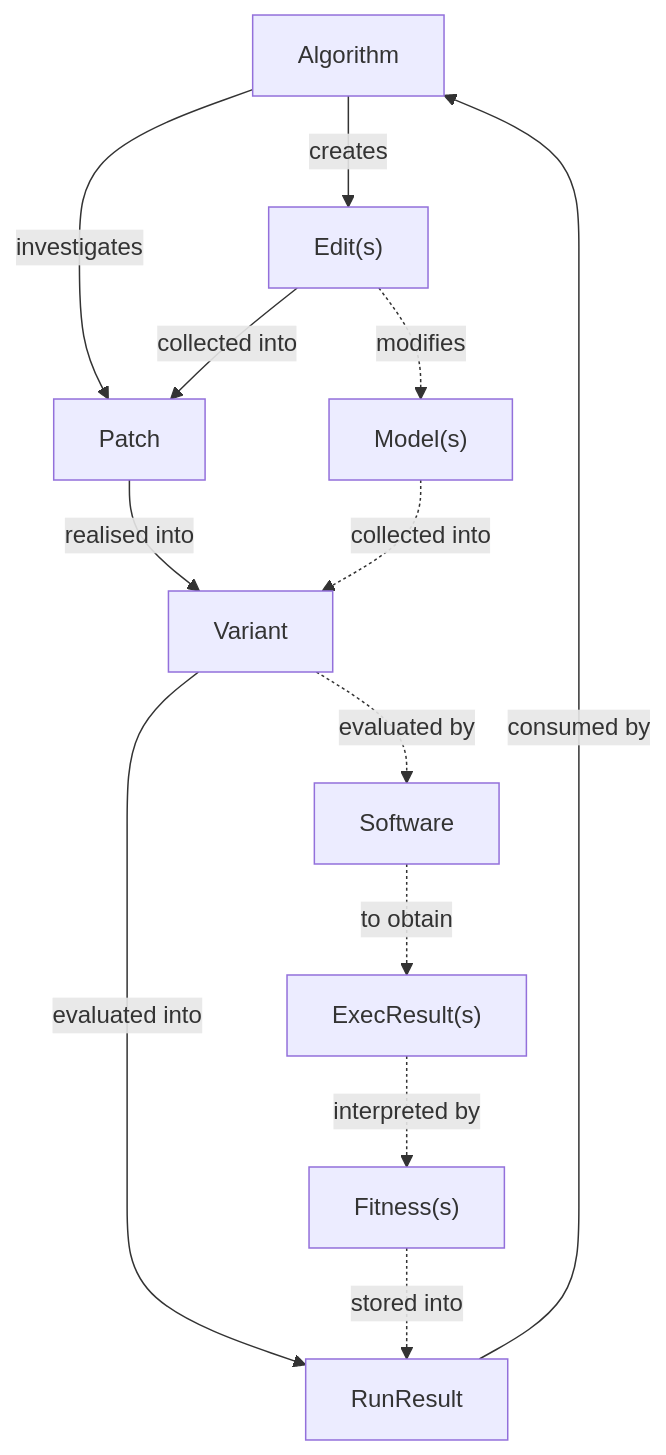
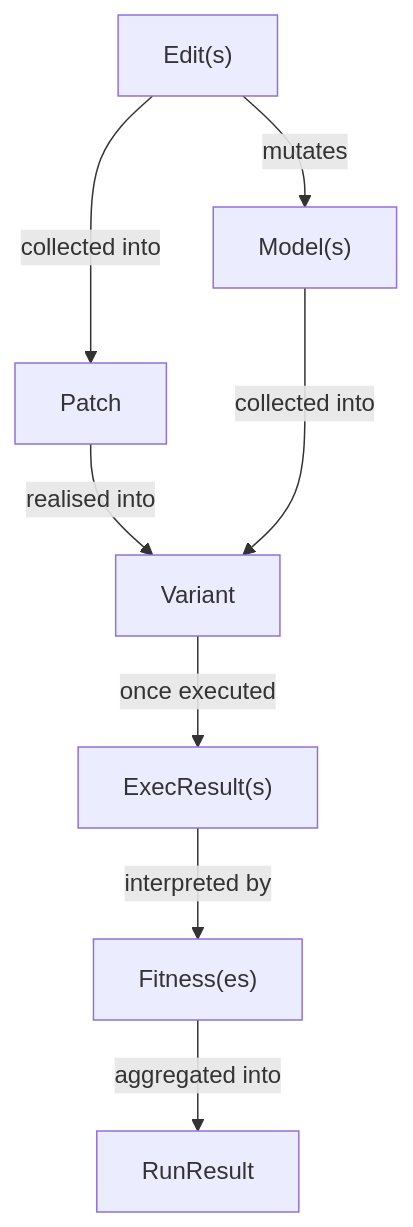
The second of 2 diagrams in docs/reference/architecture.md (bloa/magpie), drawn with Mermaid before and after one commit. The commit also changed other lines of this file, not shown here.

Commit message:
update simplified architecture doc

````diff
--- a/docs/reference/architecture.md
+++ b/docs/reference/architecture.md
@@ -113,15 +129,15 @@
 ```mermaid
 flowchart
-  Algorithm -->|investigates| Patch
-  Algorithm -->|creates| Edit["Edit(s)"]
+  Edit["Edit(s)"]
+  Model["Model(s)"]
+  ExecResult["ExecResult(s)"]
+  Fitness["Fitness(es)"]
+
   Edit -->|collected into| Patch
   Patch -->|realised into| Variant
-  Edit -.->|modifies| Model["Model(s)"]
-  Model -.->|collected into| Variant
-  Variant -->|evaluated into| RunResult
-  Variant -.->|evaluated by| Software
-  Software -.->|to obtain| ExecResult["ExecResult(s)"]
-  ExecResult -.->|interpreted by| Fitness["Fitness(s)"]
-  Fitness -.->|stored into| RunResult
-  RunResult -->|consumed by| Algorithm
+  Edit -->|mutates| Model
+  Model --->|collected into| Variant
+  Variant -->|once executed| ExecResult
+  ExecResult -->|interpreted by| Fitness
+  Fitness -->|aggregated into| RunResult
 ```
````
